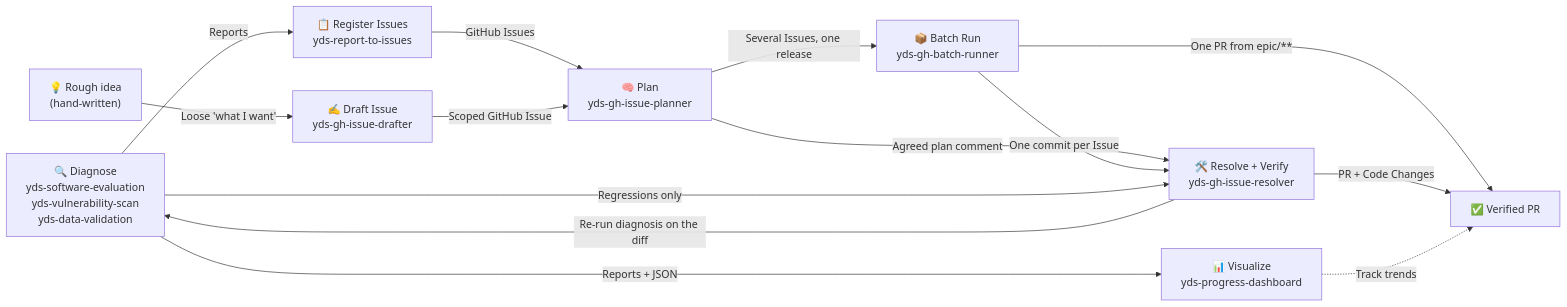
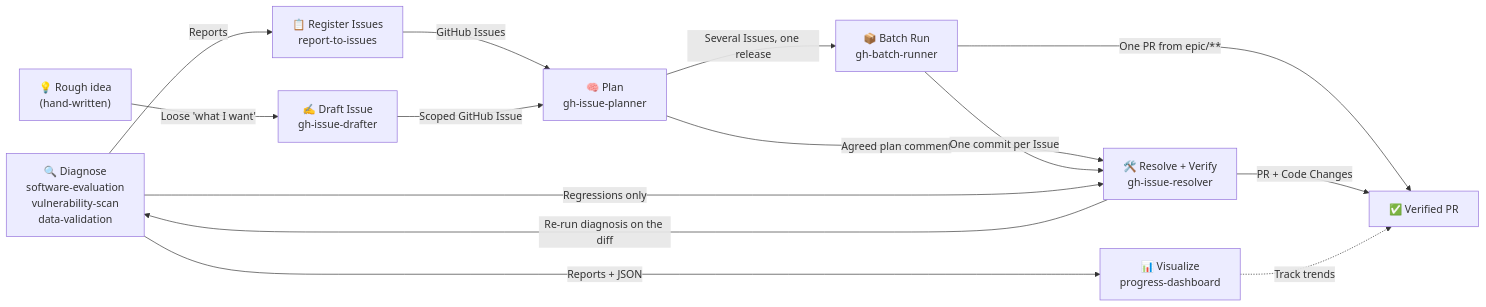
Before and after one commit to northraystudio/maruda: the diagram in README.md, drawn with Mermaid. The commit also changed other lines of this file and 40 other files, not shown here.

````diff
--- a/README.md
+++ b/README.md
@@ -13,24 +13,24 @@
 ```mermaid
 graph LR
-    Diagnose["🔍 Diagnose<br/>yds-software-evaluation<br/>yds-vulnerability-scan<br/>yds-data-validation"]
-    Visualize["📊 Visualize<br/>yds-progress-dashboard"]
-    Register["📋 Register Issues<br/>yds-report-to-issues"]
-    Draft["✍️ Draft Issue<br/>yds-gh-issue-drafter"]
-    Plan["🧠 Plan<br/>yds-gh-issue-planner"]
-    Resolve["🛠️ Resolve + Verify<br/>yds-gh-issue-resolver"]
-    Batch["📦 Batch Run<br/>yds-gh-batch-runner"]
+    Diagnose["🔍 Diagnose<br/>software-evaluation<br/>vulnerability-scan<br/>data-validation"]
+    Visualize["📊 Visualize<br/>progress-dashboard"]
+    Register["📋 Register Issues<br/>report-to-issues"]
+    Draft["✍️ Draft Issue<br/>gh-issue-drafter"]
+    Plan["🧠 Plan<br/>gh-issue-planner"]
+    Resolve["🛠️ Resolve + Verify<br/>gh-issue-resolver"]
+    Batch["📦 Batch Run<br/>gh-batch-runner"]
 
     Idea["💡 Rough idea<br/>(hand-written)"] -- "Loose 'what I want'" --> Draft
     Diagnose -- "Reports + JSON" --> Visualize
     Diagnose -- "Reports" --> Register
     Register -- "GitHub Issues" --> Plan
     Draft -- "Scoped GitHub Issue" --> Plan
     Plan -- "Agreed plan comment" --> Resolve
     Plan -- "Several Issues, one release" --> Batch
     Batch -- "One commit per Issue" --> Resolve
     Batch -- "One PR from epic/**" --> Done
     Resolve -- "Re-run diagnosis on the diff" --> Diagnose
     Diagnose -- "Regressions only" --> Resolve
     Resolve -- "PR + Code Changes" --> Done["✅ Verified PR"]
     Visualize -. "Track trends" .-> Done
 ```
````
